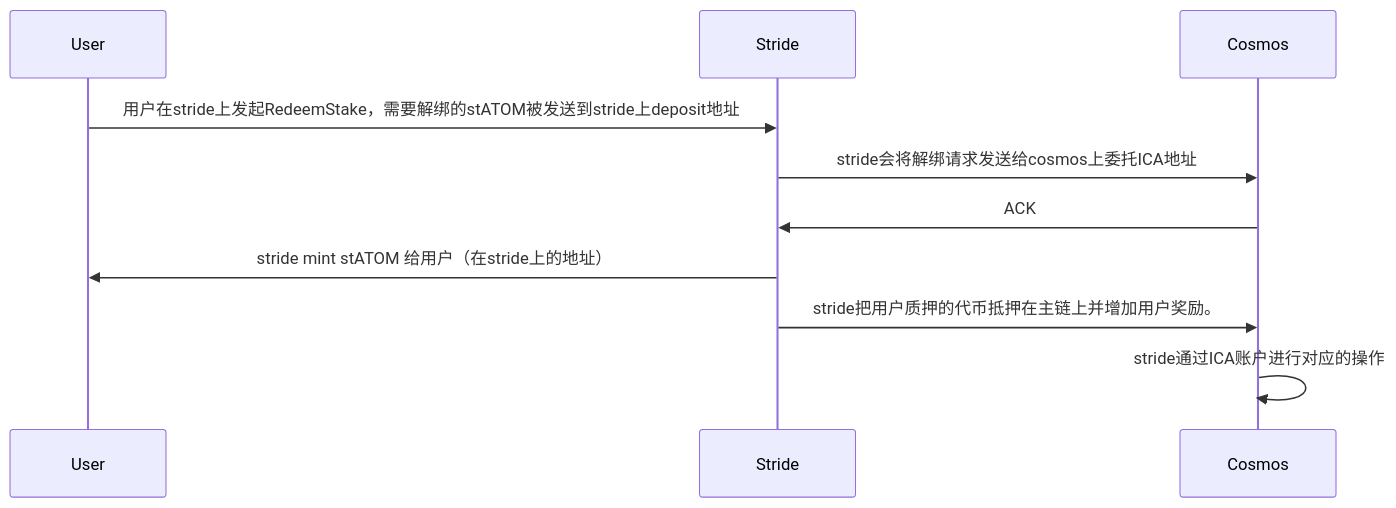
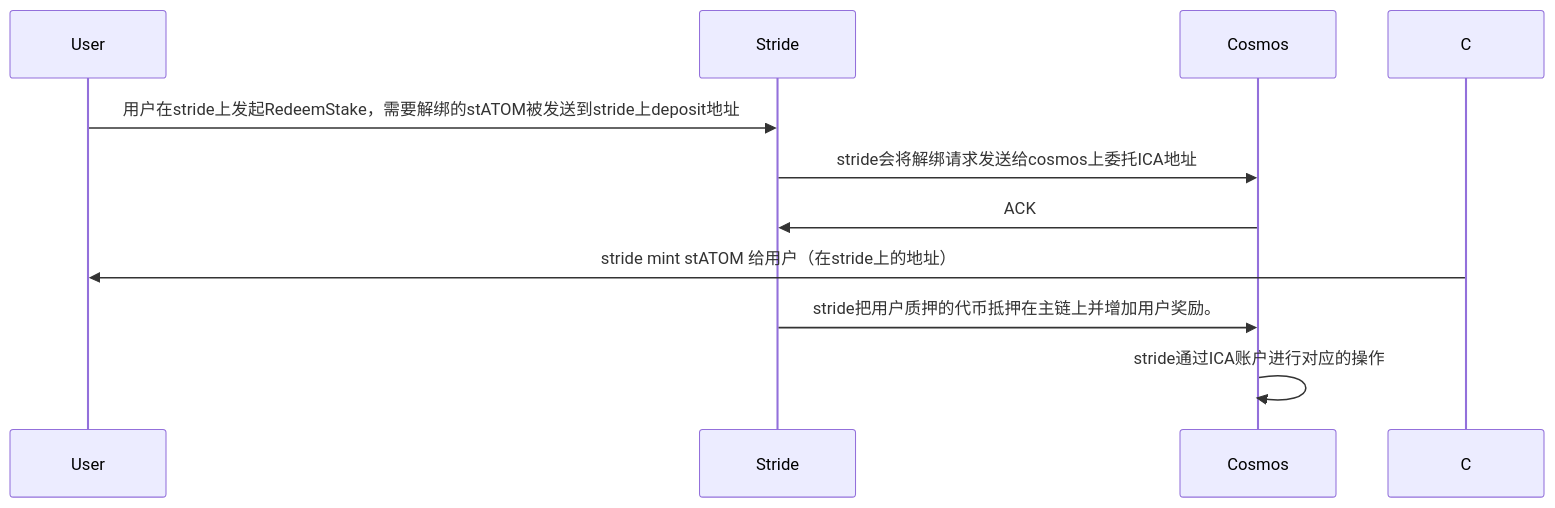
The diagram in all/unbonding.md (yingjianzh/iodraw-files), drawn with Mermaid before and after one commit.

Commit message:
2024-03-28 15:09:04 update

````diff
--- a/all/unbonding.md
+++ b/all/unbonding.md
@@ -1,9 +1,9 @@
 ```mermaid
 sequenceDiagram
     User->>Stride: 用户在stride上发起RedeemStake，需要解绑的stATOM被发送到stride上deposit地址
     Stride->>Cosmos: stride会将解绑请求发送给cosmos上委托ICA地址
     Cosmos->>Stride: ACK
-    Stride->>User: stride mint stATOM 给用户（在stride上的地址）
+    C->>User: stride mint stATOM 给用户（在stride上的地址）
     Stride->>Cosmos: stride把用户质押的代币抵押在主链上并增加用户奖励。
     Cosmos->>Cosmos: stride通过ICA账户进行对应的操作
 ```
````
